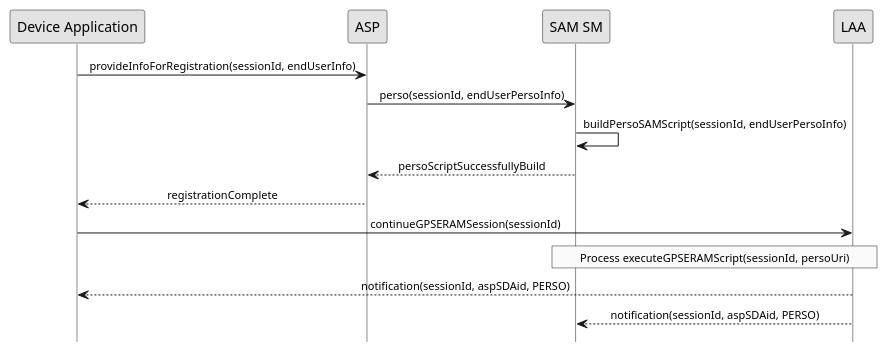
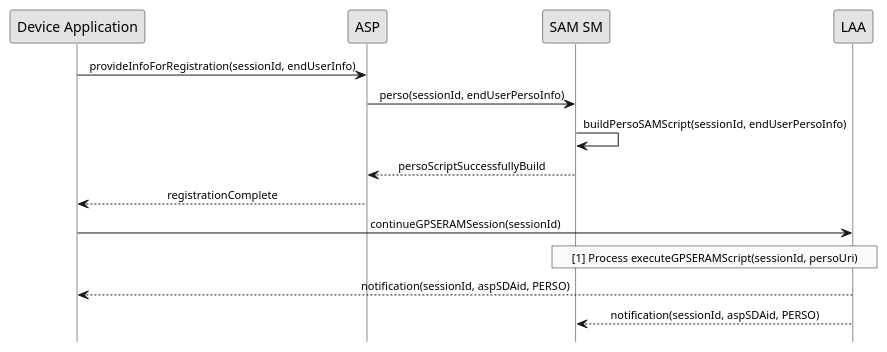
One commit to gaelrgerard/laa changed the diagram in doc/uml/perso.pu. Above: the diagram before and after it, drawn with PlantUML. The commit also changed 2 other files, not shown here.

```diff
--- a/doc/uml/perso.pu
+++ b/doc/uml/perso.pu
@@ -1,23 +1,23 @@
 @startuml
  
 hide footbox
 skinparam sequenceMessageAlign center
 skinparam sequenceArrowFontSize 11
 skinparam noteFontSize 11
 skinparam monochrome true
 skinparam lifelinestrategy solid
  
 "Device Application" -> ASP : provideInfoForRegistration(sessionId, endUserInfo)
 ASP -> "SAM SM" : perso(sessionId, endUserPersoInfo)
 "SAM SM" -> "SAM SM" : buildPersoSAMScript(sessionId, endUserPersoInfo)
 "SAM SM" --> "ASP" : persoScriptSuccessfullyBuild
 "ASP" --> "Device Application" : registrationComplete
 "Device Application" -> LAA : continueGPSERAMSession(sessionId)
 rnote over "LAA", "SAM SM"
-     Process executeGPSERAMScript(sessionId, persoUri)
+    [1] Process executeGPSERAMScript(sessionId, persoUri)
 end rnote
  
  
 LAA --> "Device Application" : notification(sessionId, aspSDAid, PERSO)
 LAA --> "SAM SM" : notification(sessionId, aspSDAid, PERSO)
 @enduml
```
